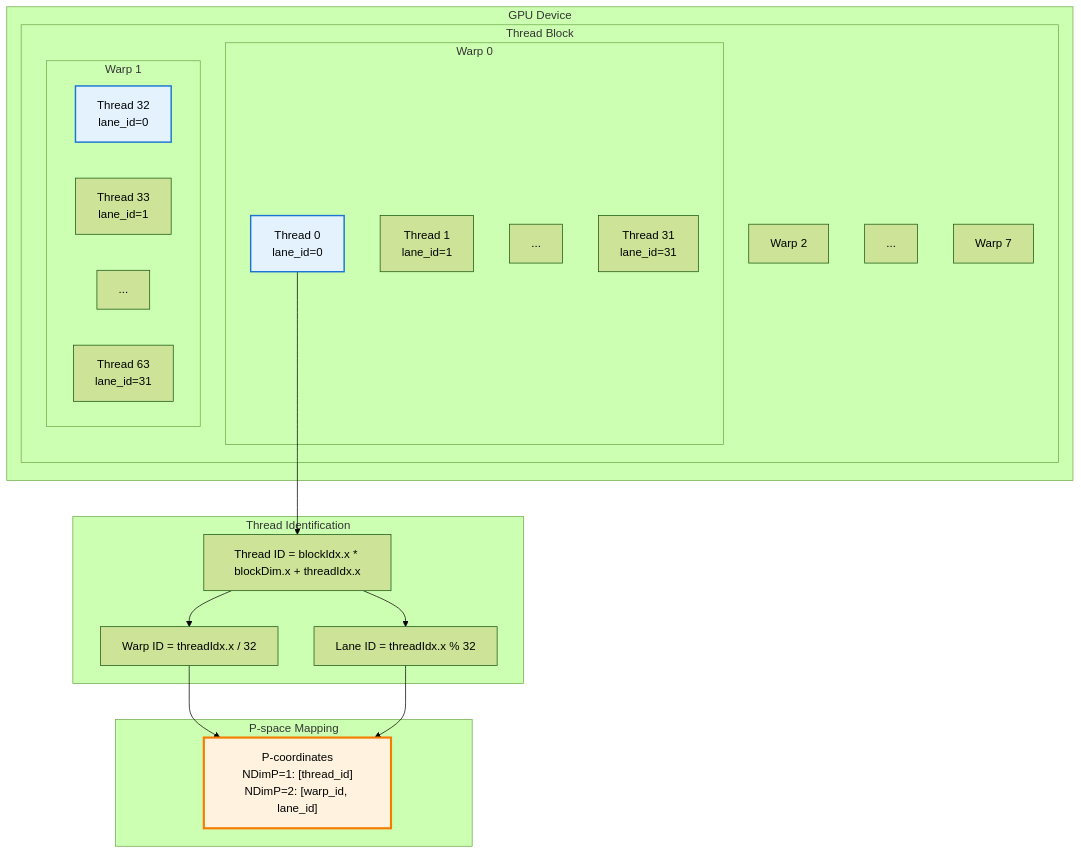
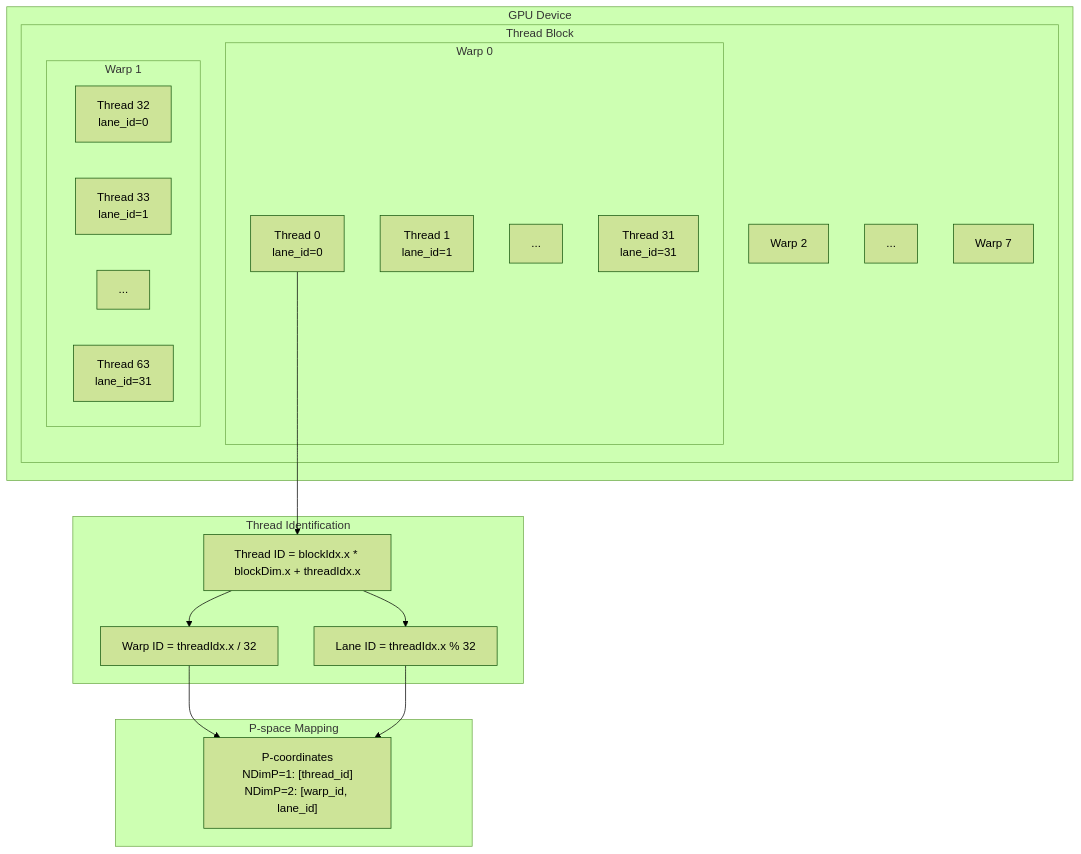
One commit to hdt98/rocm-libraries changed the first of 2 diagrams in projects/composablekernel/docs/conceptual/ck_tile/thread_mapping.rst. Above: the diagram before and after it, drawn with Mermaid (forest theme). The commit also changed other lines of this file and 21 other files, not shown here.

First line of the commit message:
[ck] Updated CK Tile documentation to use mermaid diagrams (#7955)

```diff
--- a/projects/composablekernel/docs/conceptual/ck_tile/thread_mapping.rst
+++ b/projects/composablekernel/docs/conceptual/ck_tile/thread_mapping.rst
@@ -84,44 +81,40 @@
-      .. mermaid::
-      
-          graph TB
-              subgraph "GPU Device"
-                  subgraph "Thread Block"
-                      subgraph "Warp 0"
-                          T0["Thread 0<br/>lane_id=0"]
-                          T1["Thread 1<br/>lane_id=1"]
-                          T2["..."]
-                          T31["Thread 31<br/>lane_id=31"]
-                      end
-                      
-                      subgraph "Warp 1"
-                          T32["Thread 32<br/>lane_id=0"]
-                          T33["Thread 33<br/>lane_id=1"]
-                          T34["..."]
-                          T63["Thread 63<br/>lane_id=31"]
-                      end
-                      
-                      W2["Warp 2"]
-                      W3["..."]
-                      W7["Warp 7"]
-                  end
-              end
-              
-              subgraph "Thread Identification"
-                  TID["Thread ID = blockIdx.x * blockDim.x + threadIdx.x"]
-                  WID["Warp ID = threadIdx.x / 32"]
-                  LID["Lane ID = threadIdx.x % 32"]
-              end
-              
-              subgraph "P-space Mapping"
-                  P["P-coordinates<br/>NDimP=1: [thread_id]<br/>NDimP=2: [warp_id, lane_id]"]
-              end
-              
-              T0 --> TID
-              TID --> WID
-              TID --> LID
-              WID --> P
-              LID --> P
-              
-              style T0 fill:#e3f2fd,stroke:#1976d2,stroke-width:2px
-              style T32 fill:#e3f2fd,stroke:#1976d2,stroke-width:2px
-              style P fill:#fff3e0,stroke:#f57c00,stroke-width:3px
+.. mermaid::
+
+   graph TB
+       subgraph "GPU Device"
+           subgraph "Thread Block"
+               subgraph "Warp 0"
+                   T0["Thread 0<br/>lane_id=0"]
+                   T1["Thread 1<br/>lane_id=1"]
+                   T2["..."]
+                   T31["Thread 31<br/>lane_id=31"]
+               end
+
+               subgraph "Warp 1"
+                   T32["Thread 32<br/>lane_id=0"]
+                   T33["Thread 33<br/>lane_id=1"]
+                   T34["..."]
+                   T63["Thread 63<br/>lane_id=31"]
+               end
+
+               W2["Warp 2"]
+               W3["..."]
+               W7["Warp 7"]
+           end
+       end
+
+       subgraph "Thread Identification"
+           TID["Thread ID = blockIdx.x * blockDim.x + threadIdx.x"]
+           WID["Warp ID = threadIdx.x / 32"]
+           LID["Lane ID = threadIdx.x % 32"]
+       end
+
+       subgraph "P-space Mapping"
+           P["P-coordinates<br/>NDimP=1: [thread_id]<br/>NDimP=2: [warp_id, lane_id]"]
+       end
+
+       T0 --> TID
+       TID --> WID
+       TID --> LID
+       WID --> P
+       LID --> P
```
